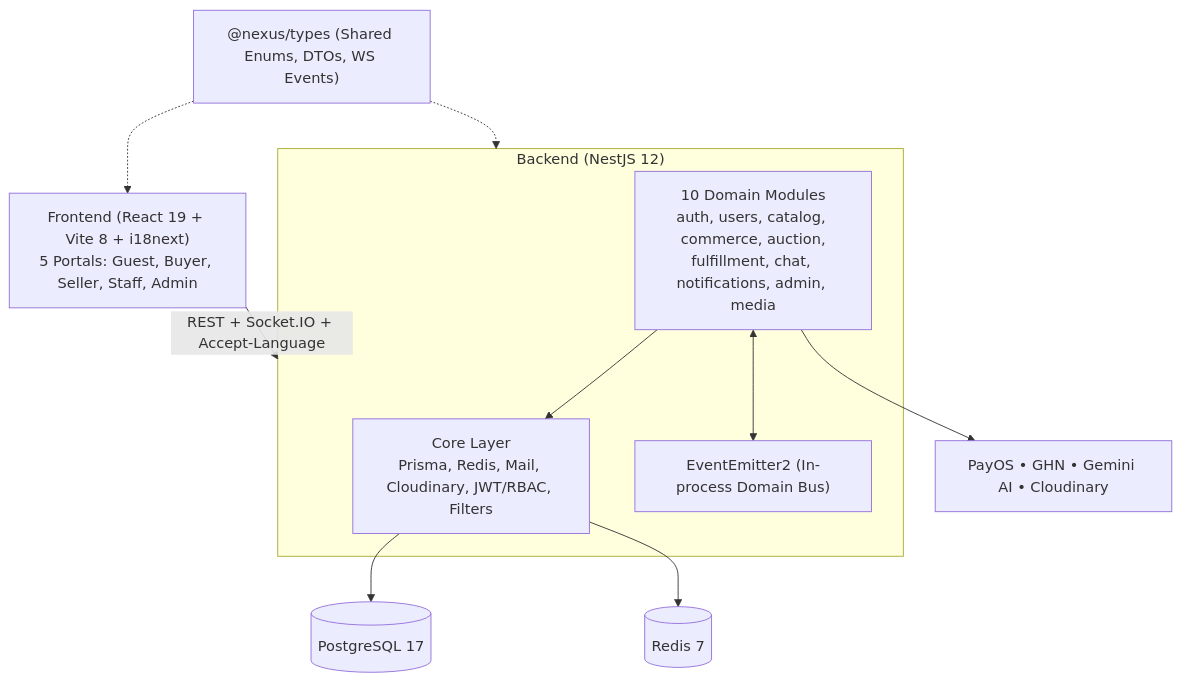
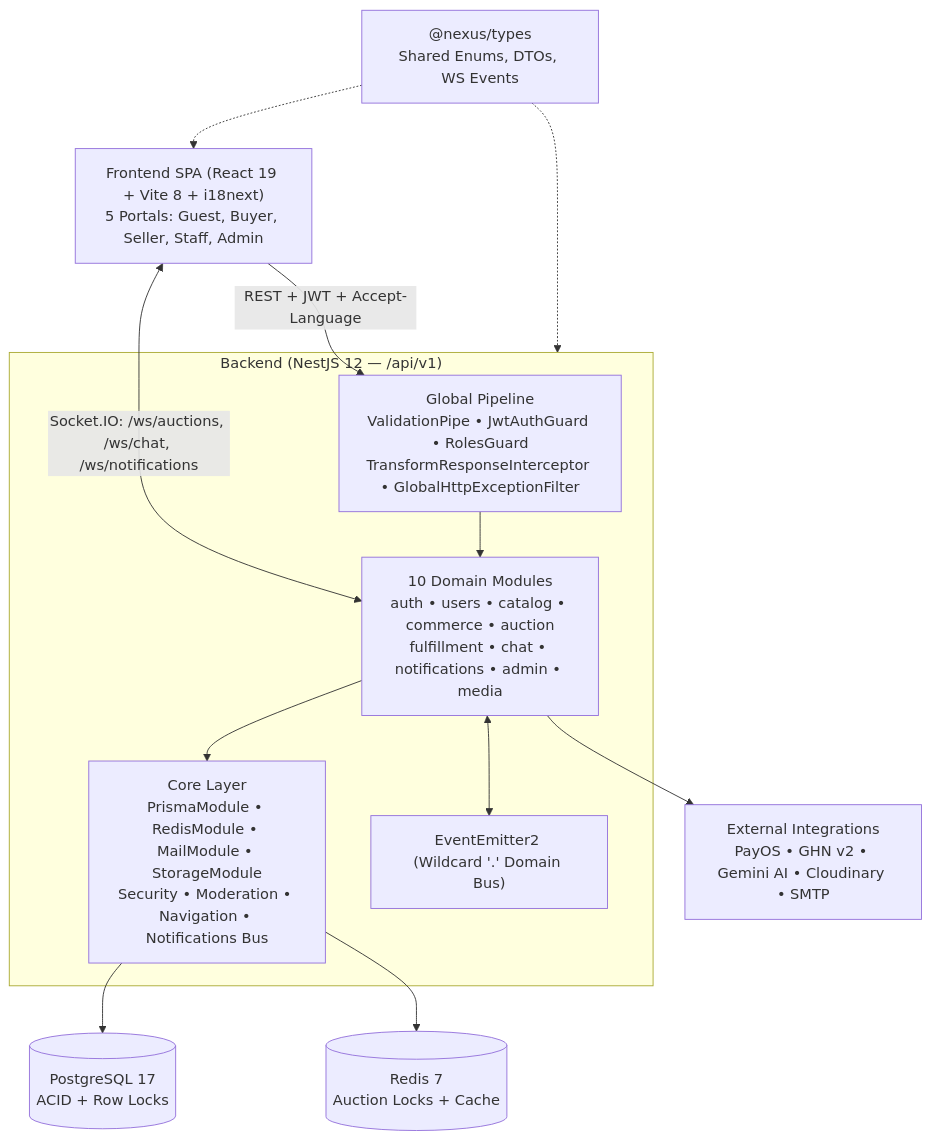
One commit to MinhPhuc00ne/project-nexus changed the diagram in docs-site/docs/architecture/system-overview.md. Above: the diagram before and after it, drawn with Mermaid. The commit also changed other lines of this file and 36 other files, not shown here.

Commit message:
docs(docs-site): overhaul bilingual architecture, modules, and ops guides

````diff
--- a/docs-site/docs/architecture/system-overview.md
+++ b/docs-site/docs/architecture/system-overview.md
@@ -9,24 +9,27 @@
 ```mermaid
 flowchart TB
-    FE["Frontend (React 19 + Vite 8 + i18next)<br/>5 Portals: Guest, Buyer, Seller, Staff, Admin"]
-    TYPES["@nexus/types (Shared Enums, DTOs, WS Events)"]
+    FE["Frontend SPA (React 19 + Vite 8 + i18next)<br/>5 Portals: Guest, Buyer, Seller, Staff, Admin"]
+    TYPES["@nexus/types<br/>Shared Enums, DTOs, WS Events"]
 
-    subgraph BE["Backend (NestJS 12)"]
-        CORE["Core Layer<br/>Prisma, Redis, Mail, Cloudinary, JWT/RBAC, Filters"]
-        MODS["10 Domain Modules<br/>auth, users, catalog, commerce, auction,<br/>fulfillment, chat, notifications, admin, media"]
-        BUS["EventEmitter2 (In-process Domain Bus)"]
+    subgraph BE["Backend (NestJS 12 — /api/v1)"]
+        PIPE["Global Pipeline<br/>ValidationPipe • JwtAuthGuard • RolesGuard<br/>TransformResponseInterceptor • GlobalHttpExceptionFilter"]
+        CORE["Core Layer<br/>PrismaModule • RedisModule • MailModule • StorageModule<br/>Security • Moderation • Navigation • Notifications Bus"]
+        MODS["10 Domain Modules<br/>auth • users • catalog • commerce • auction<br/>fulfillment • chat • notifications • admin • media"]
+        BUS["EventEmitter2 (Wildcard '.' Domain Bus)"]
     end
 
-    PG[(PostgreSQL 17)]
-    RD[(Redis 7)]
-    EXT["PayOS • GHN • Gemini AI • Cloudinary"]
+    PG[(PostgreSQL 17<br/>ACID + Row Locks)]
+    RD[(Redis 7<br/>Auction Locks + Cache)]
+    EXT["External Integrations<br/>PayOS • GHN v2 • Gemini AI • Cloudinary • SMTP"]
 
     TYPES -.-> FE
     TYPES -.-> BE
-    FE -->|REST + Socket.IO + Accept-Language| BE
+    FE -->|REST + JWT + Accept-Language| PIPE
+    FE <-->|Socket.IO: /ws/auctions, /ws/chat, /ws/notifications| MODS
+    PIPE --> MODS
     MODS --> CORE
     MODS <--> BUS
     CORE --> PG
     CORE --> RD
     MODS --> EXT
 ```
````
